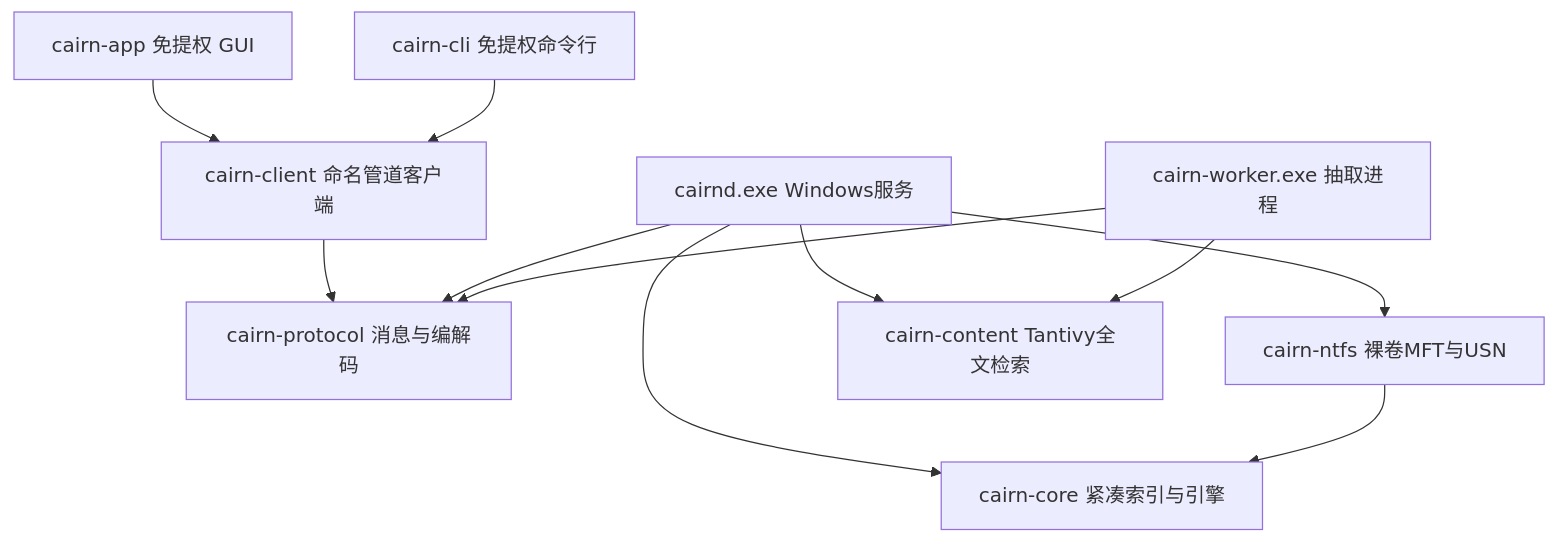
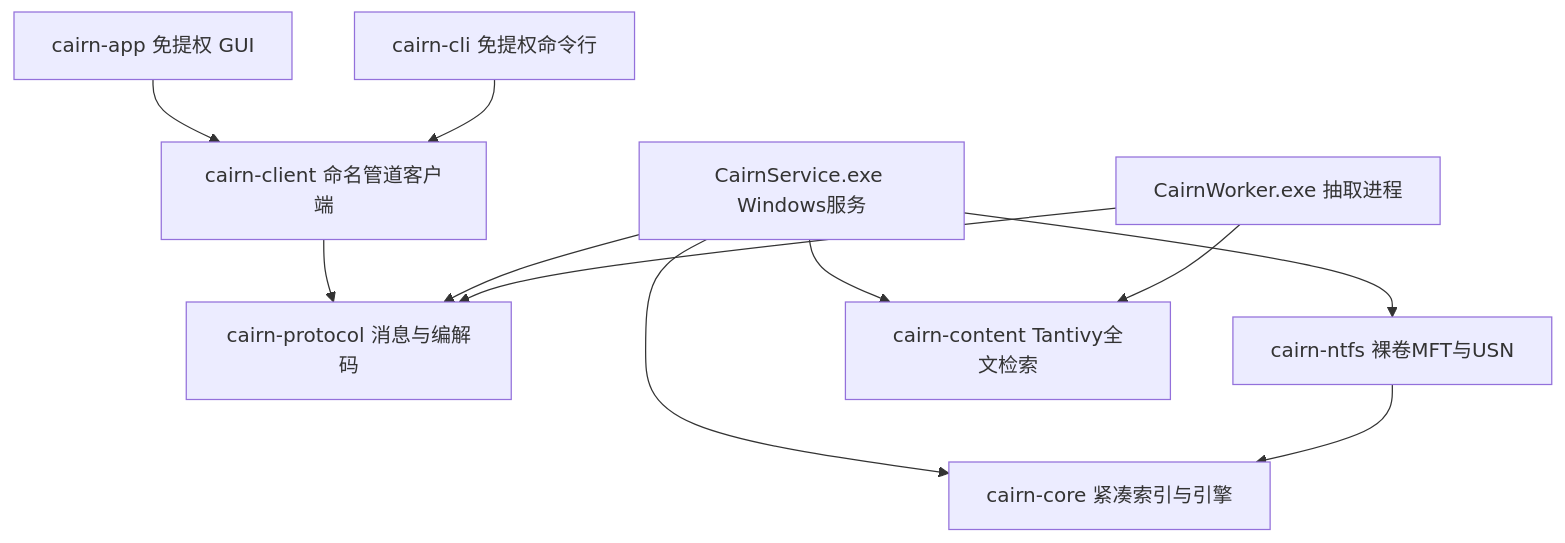
The first of 2 diagrams in docs/engineering/architecture.md (zyyyyynnn/Cairn), drawn with Mermaid before and after one commit. The commit also changed other lines of this file and 45 other files, not shown here.

````diff
--- a/docs/engineering/architecture.md
+++ b/docs/engineering/architecture.md
@@ -10,16 +10,16 @@
 ```mermaid
 graph TD
     App[cairn-app 免提权 GUI] --> Client[cairn-client 命名管道客户端]
     CLI[cairn-cli 免提权命令行] --> Client
     Client --> Protocol[cairn-protocol 消息与编解码]
 
-    Service[cairnd.exe Windows服务] --> Core[cairn-core 紧凑索引与引擎]
+    Service[CairnService.exe Windows服务] --> Core[cairn-core 紧凑索引与引擎]
     Service --> NTFS[cairn-ntfs 裸卷MFT与USN]
     Service --> Content[cairn-content Tantivy全文检索]
     Service --> Protocol
 
-    Worker[cairn-worker.exe 抽取进程] --> Content
+    Worker[CairnWorker.exe 抽取进程] --> Content
     Worker --> Protocol
 
     NTFS --> Core
 ```
````
